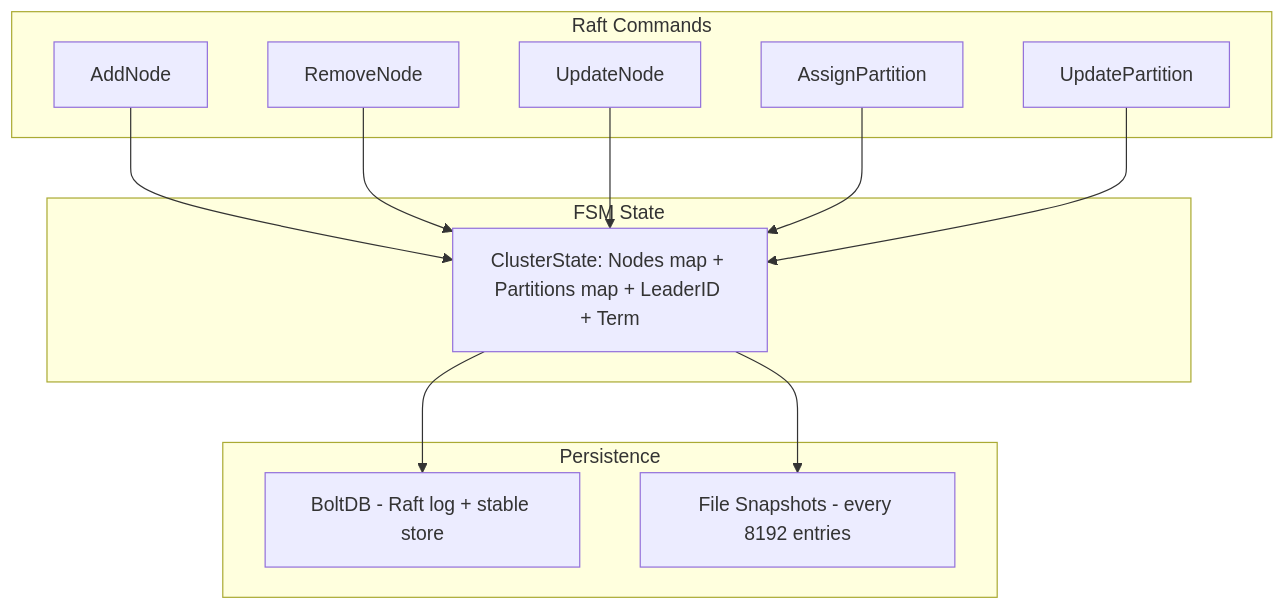
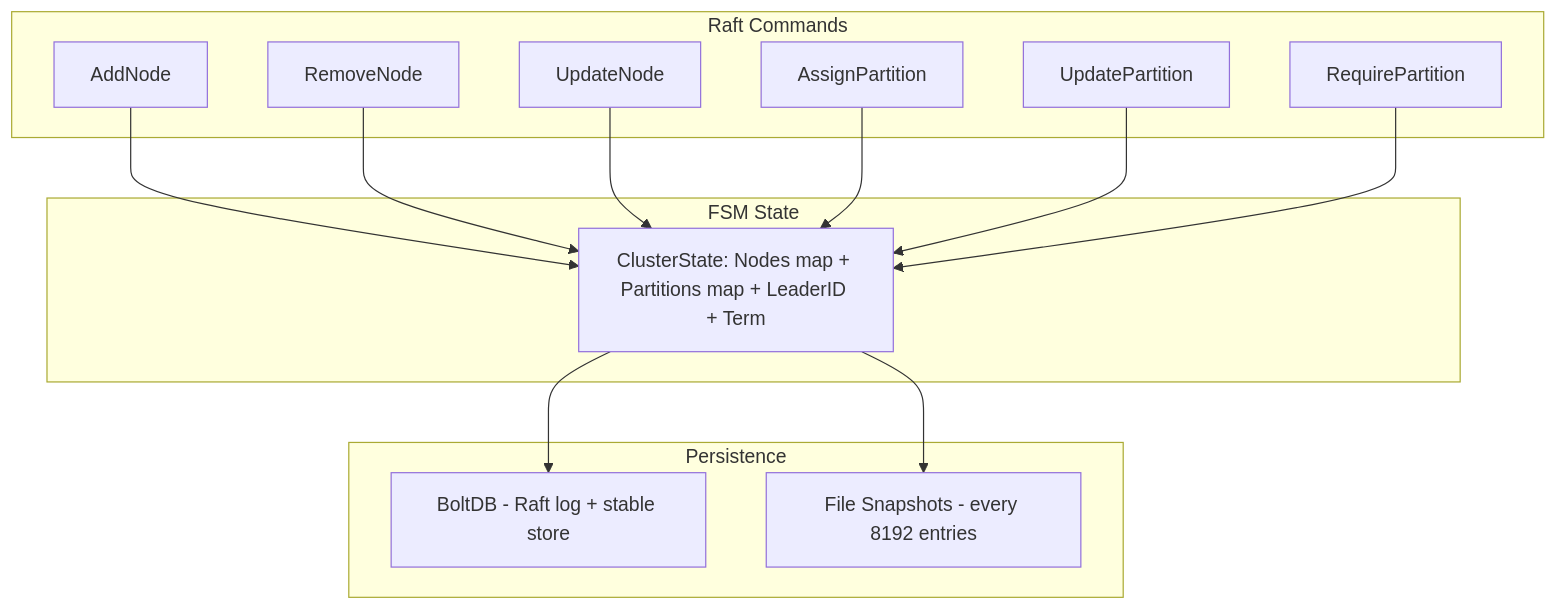
Diagram 40 of 47 in ARCHITECTURE.md (jatin711-debug/cronos_db_golang), drawn with Mermaid before and after one commit. The commit also changed other lines of this file and 28 other files, not shown here.

First line of the commit message:
docs: bring architecture, feature, design and contributor docs up to v0.11.0

````diff
--- a/ARCHITECTURE.md
+++ b/ARCHITECTURE.md
@@ -1420,27 +1502,29 @@
 ```mermaid
 graph TB
     subgraph Raft Commands
         C1[AddNode]
         C2[RemoveNode]
         C3[UpdateNode]
         C4[AssignPartition]
         C5[UpdatePartition]
+        C6[RequirePartition]
     end
 
     subgraph FSM State
         S[ClusterState: Nodes map + Partitions map + LeaderID + Term]
     end
 
     subgraph Persistence
         BDB[BoltDB - Raft log + stable store]
         SNAP[File Snapshots - every 8192 entries]
     end
 
     C1 --> S
     C2 --> S
     C3 --> S
     C4 --> S
     C5 --> S
+    C6 --> S
     S --> BDB
     S --> SNAP
 ```
````
